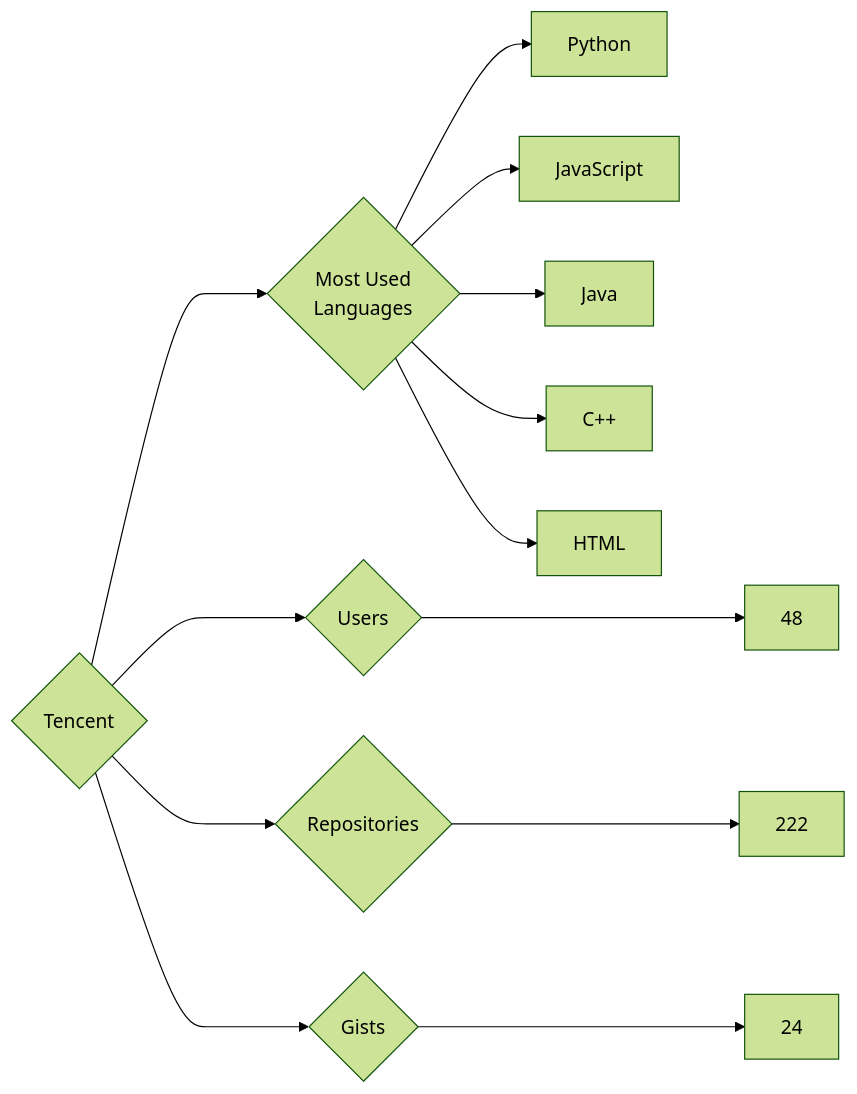
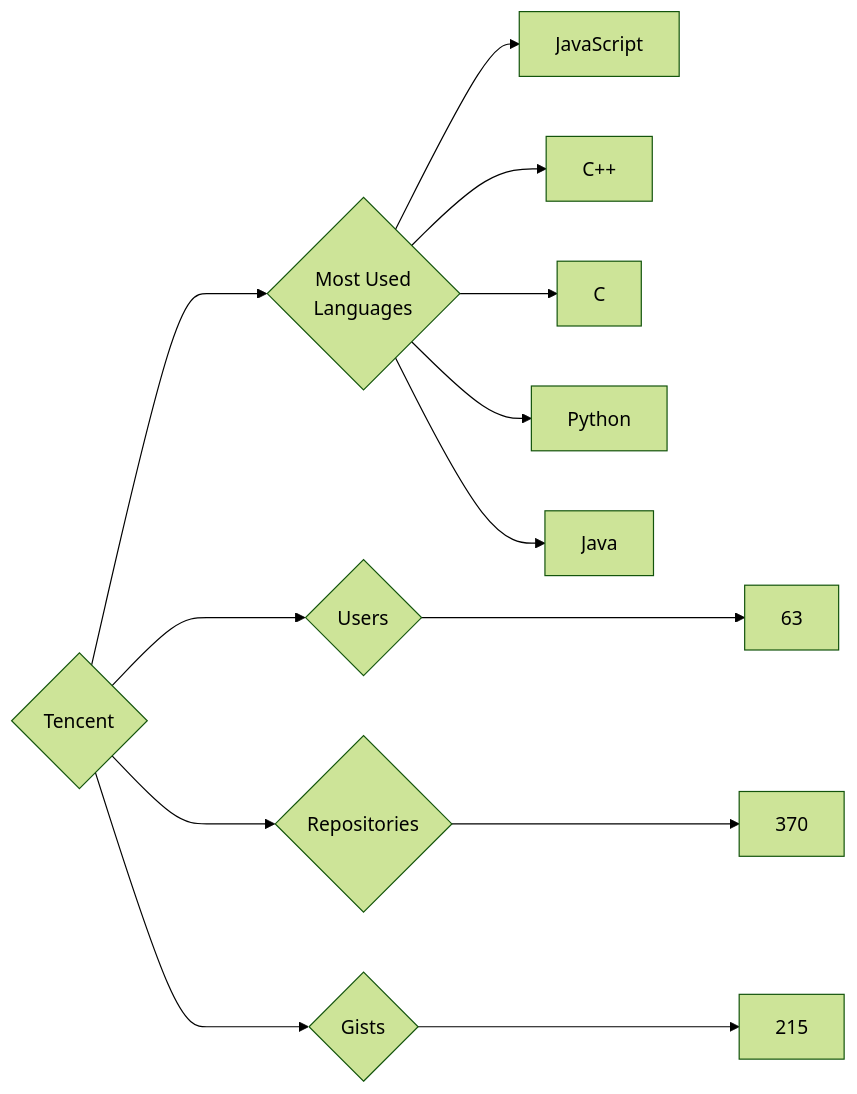
Before and after one commit to trickest/insiders: the diagram in targets/Tencent/README.md, drawn with Mermaid (forest theme). The commit also changed 871 other files, not shown here.

````diff
--- a/targets/Tencent/README.md
+++ b/targets/Tencent/README.md
@@ -3,13 +3,13 @@
 ```mermaid
 graph LR
 COMPANY_NAME{Tencent}
-COMPANY_NAME ---> U{Users} ---> UN[48]
-COMPANY_NAME ---> R{Repositories} ---> RN[222]
-COMPANY_NAME ---> G{Gists} ---> GN[24]
+COMPANY_NAME ---> U{Users} ---> UN[63]
+COMPANY_NAME ---> R{Repositories} ---> RN[370]
+COMPANY_NAME ---> G{Gists} ---> GN[215]
 COMPANY_NAME ---> ML{Most Used<br>Languages}
+ML --> JavaScript[JavaScript]
+ML --> C++[C++]
+ML --> C[C]
 ML --> Python[Python]
-ML --> JavaScript[JavaScript]
 ML --> Java[Java]
-ML --> C++[C++]
-ML --> HTML[HTML]
 ```
````
